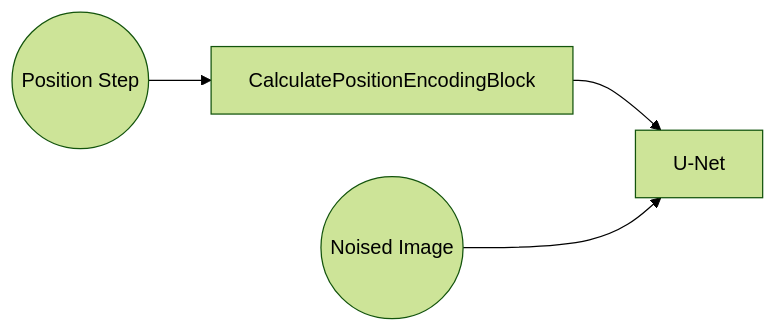
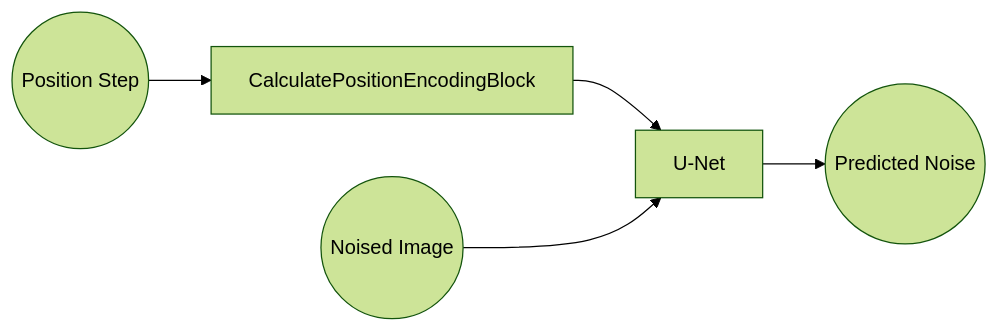
One commit to shakes76/PatternFlow changed the third of 3 diagrams in recognition/Stable DIffusion/readme.md. Above: the diagram before and after it, drawn with Mermaid (forest theme). The commit also changed other lines of this file, not shown here.

````diff
--- a/recognition/Stable DIffusion/readme.md
+++ b/recognition/Stable DIffusion/readme.md
@@ -106,6 +106,6 @@
 ```mermaid
 flowchart LR
 startB((Position Step)) --> CalculatePositionEncodingBlock[CalculatePositionEncodingBlock];
 CalculatePositionEncodingBlock[CalculatePositionEncodingBlock] --> U-Net;
-starta((Noised Image)) --> U-Net;
+starta((Noised Image)) --> U-Net --> Out((Predicted Noise));
 ```
````
